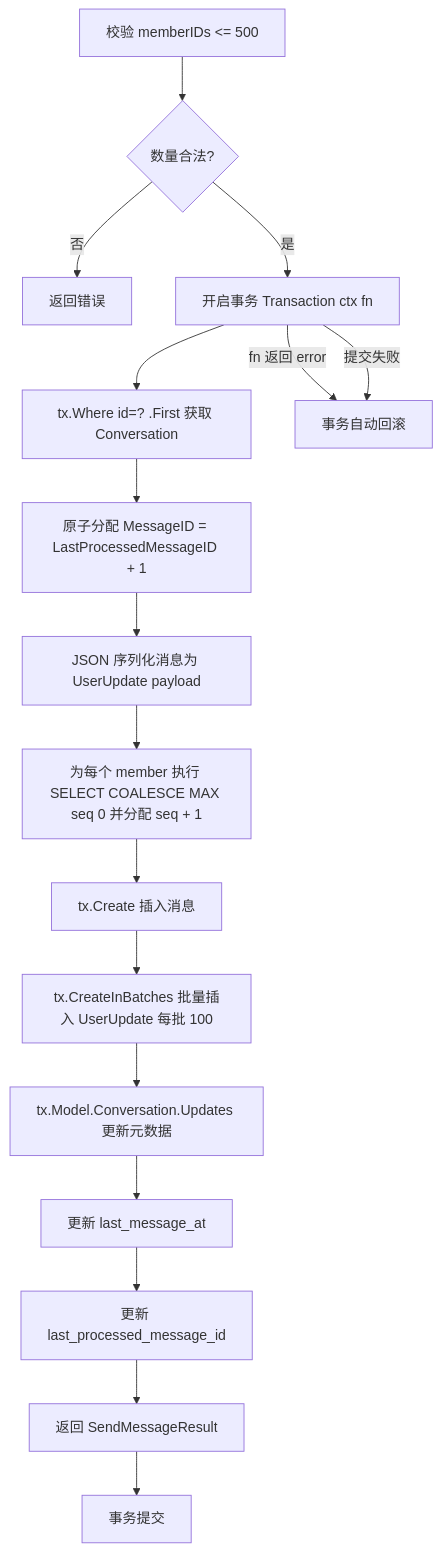
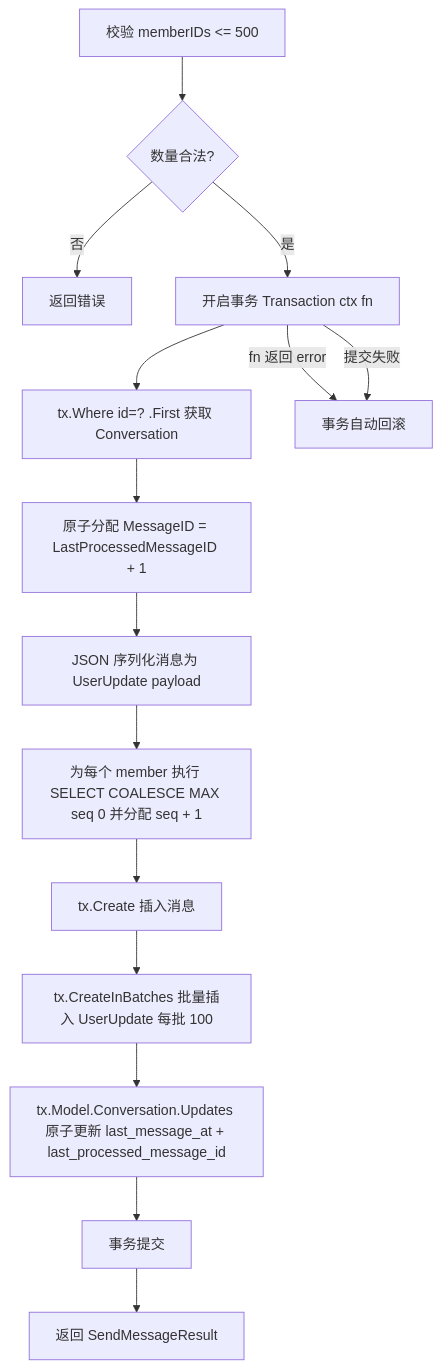
The seventh of 15 diagrams in wiki/flows/storage.md (PineappleBond/xyncra-server), drawn with Mermaid before and after one commit. The commit also changed other lines of this file and 4 other files, not shown here.

First line of the commit message:
docs(wiki): accuracy improvements across flow documents

````diff
--- a/wiki/flows/storage.md
+++ b/wiki/flows/storage.md
@@ -449,19 +447,17 @@
 ```mermaid
 flowchart TD
     A[校验 memberIDs <= 500] --> B{数量合法?}
     B -->|否| C[返回错误]
     B -->|是| D[开启事务 Transaction ctx fn]
     D --> E[tx.Where id=? .First 获取 Conversation]
     E --> F[原子分配 MessageID = LastProcessedMessageID + 1]
     F --> G[JSON 序列化消息为 UserUpdate payload]
     G --> H[为每个 member 执行 SELECT COALESCE MAX seq 0 并分配 seq + 1]
     H --> I[tx.Create 插入消息]
     I --> J[tx.CreateInBatches 批量插入 UserUpdate 每批 100]
-    J --> K[tx.Model.Conversation.Updates 更新元数据]
-    K --> L[更新 last_message_at]
-    L --> M[更新 last_processed_message_id]
-    M --> N[返回 SendMessageResult]
-    N --> O[事务提交]
+    J --> K[tx.Model.Conversation.Updates 原子更新 last_message_at + last_processed_message_id]
+    K --> L[事务提交]
+    L --> M[返回 SendMessageResult]
     D -->|fn 返回 error| P[事务自动回滚]
     D -->|提交失败| P
 ```
````
